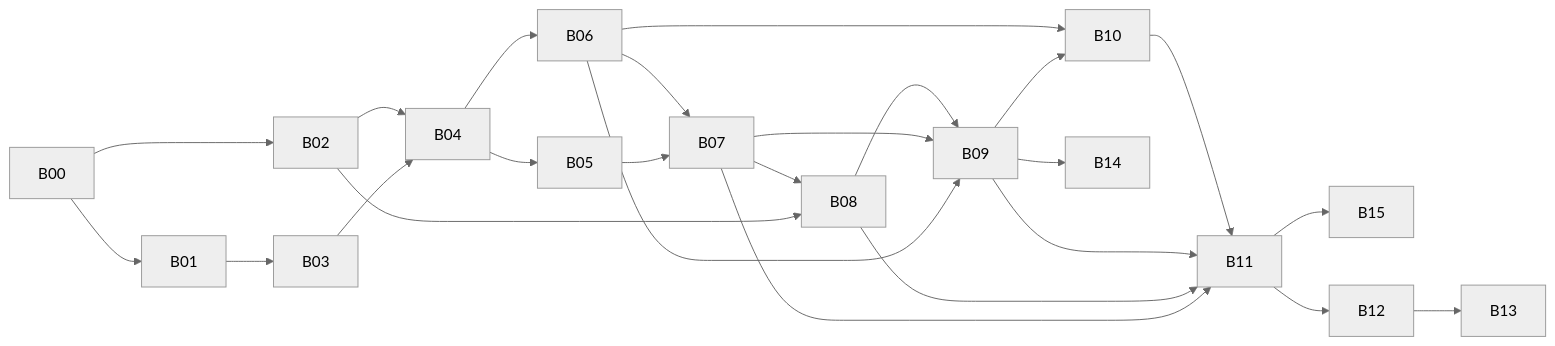
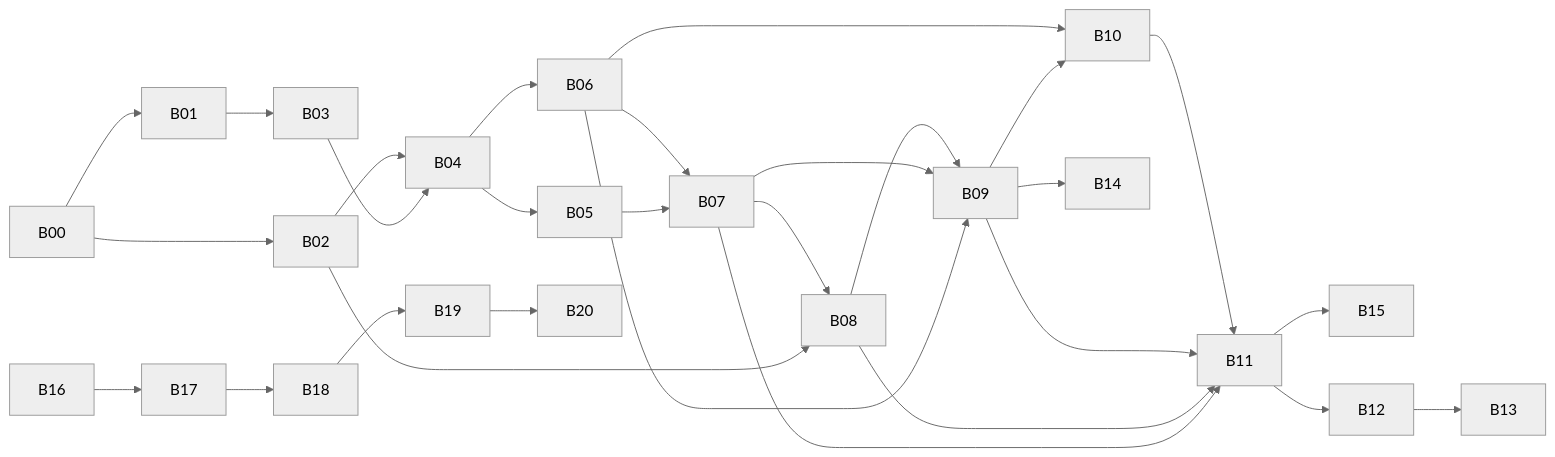
The diagram in docs/backlog/README.md (jonathan-vella/apex-factory-hackathon), drawn with Mermaid (neutral theme) before and after one commit. The commit also changed other lines of this file and 7 other files, not shown here.

````diff
--- a/docs/backlog/README.md
+++ b/docs/backlog/README.md
@@ -43,19 +48,20 @@
 ```mermaid
 flowchart LR
   B00 --> B01 --> B03 --> B04
   B00 --> B02 --> B04
   B04 --> B05 --> B07
   B04 --> B06 --> B07
   B02 --> B08
   B07 --> B08
   B06 --> B09
   B07 --> B09
   B08 --> B09 --> B10
   B09 --> B14
   B11 --> B15
+  B16 --> B17 --> B18 --> B19 --> B20
   B06 --> B10
   B07 --> B11
   B08 --> B11
   B09 --> B11
   B10 --> B11 --> B12 --> B13
 ```
````
